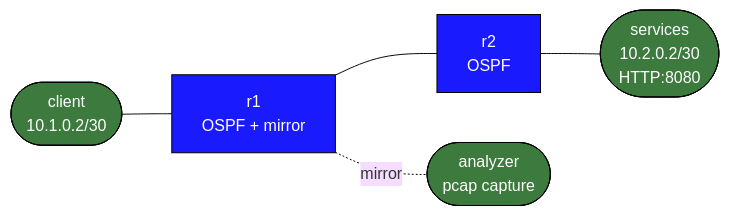
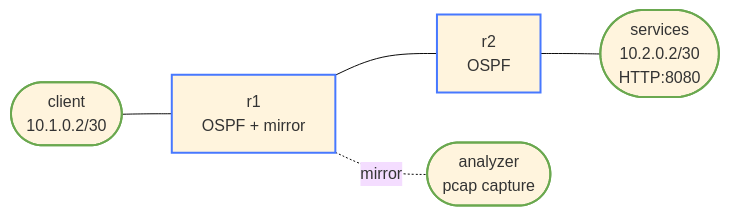
One commit to jschless/networkingLabs changed the diagram in labs/packet-analysis-basics/README.md. Above: the diagram before and after it, drawn with Mermaid (base theme). The commit also changed 250 other files, not shown here.

Commit message:
Fix unreadable topology diagrams, convert ASCII art, publish assessments (#57)

````diff
--- a/labs/packet-analysis-basics/README.md
+++ b/labs/packet-analysis-basics/README.md
@@ -19,18 +19,18 @@
 ```mermaid
 flowchart LR
-    client(["client\n10.1.0.2/30"])
-    r1["r1\nOSPF + mirror"]
-    r2["r2\nOSPF"]
-    services(["services\n10.2.0.2/30\nHTTP:8080"])
-    analyzer(["analyzer\npcap capture"])
+    client(["client<br/>10.1.0.2/30"])
+    r1["r1<br/>OSPF + mirror"]
+    r2["r2<br/>OSPF"]
+    services(["services<br/>10.2.0.2/30<br/>HTTP:8080"])
+    analyzer(["analyzer<br/>pcap capture"])
 
     client --- r1
     r1 --- r2
     r2 --- services
     r1 -. mirror .- analyzer
 
-    classDef router fill:#1a1aff,color:#fff,stroke:#000
-    classDef host fill:#3d7a3d,color:#fff,stroke:#000
+    classDef router stroke:#4778ff,stroke-width:2px
+    classDef host stroke:#6aa84f,stroke-width:2px
     class r1,r2 router
     class client,services,analyzer host
 ```
````
